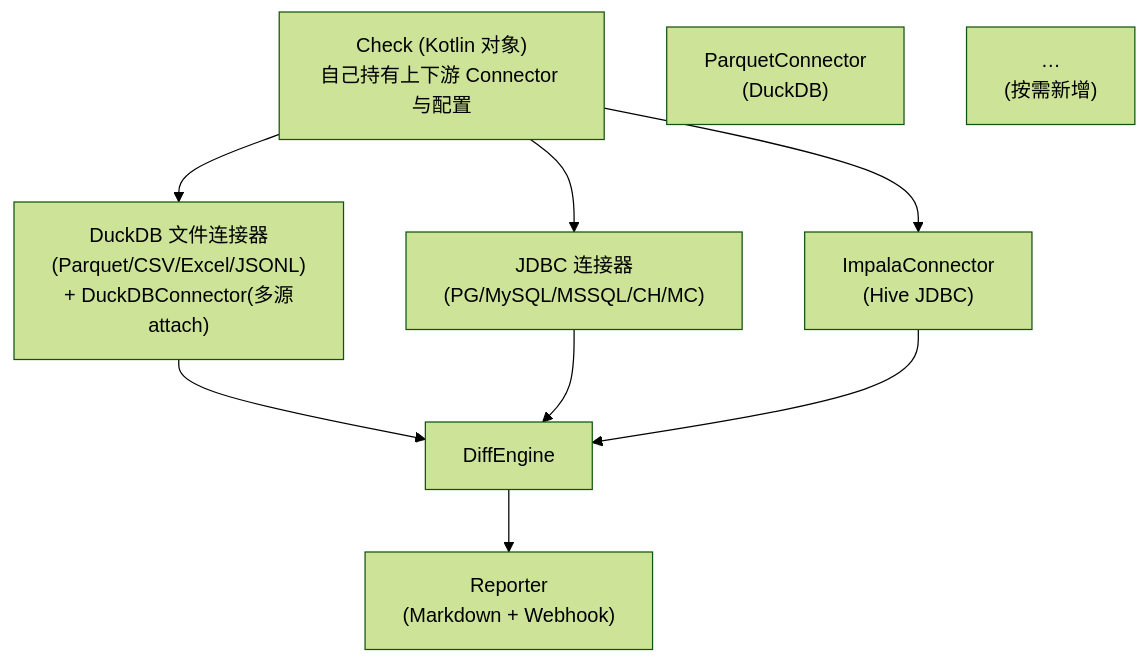
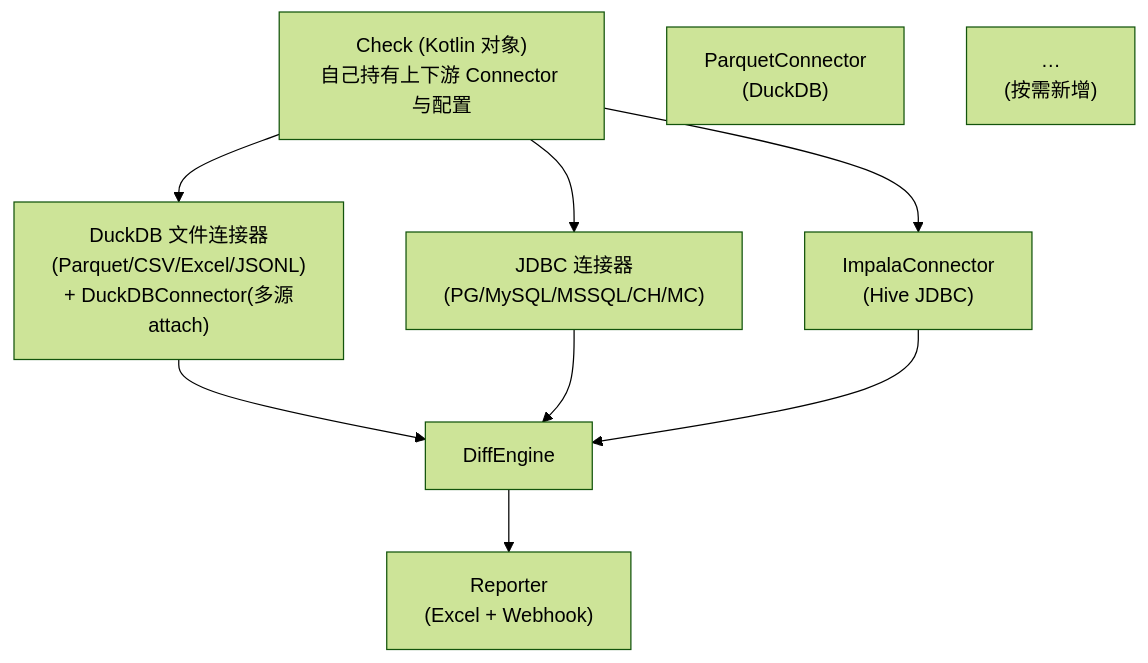
The first of 2 diagrams in README.md (langbiantianya/sync_diif), drawn with Mermaid (forest theme) before and after one commit. The commit also changed other lines of this file and 13 other files, not shown here.

````diff
--- a/README.md
+++ b/README.md
@@ -22,19 +22,19 @@
 ```mermaid
 flowchart TD
     Check["Check (Kotlin 对象)<br/>自己持有上下游 Connector 与配置"]
     Parquet["ParquetConnector<br/>(DuckDB)"]
     Impala["ImpalaConnector<br/>(Hive JDBC)"]
     DuckDBFile["DuckDB 文件连接器<br/>(Parquet/CSV/Excel/JSONL)<br/>+ DuckDBConnector(多源attach)"]
     Jdbc["JDBC 连接器<br/>(PG/MySQL/MSSQL/CH/MC)"]
     Future["…<br/>(按需新增)"]
     Engine["DiffEngine"]
-    Report["Reporter<br/>(Markdown + Webhook)"]
+    Report["Reporter<br/>(Excel + Webhook)"]
 
     Check --> DuckDBFile
     Check --> Jdbc
     Check --> Impala
     DuckDBFile --> Engine
     Jdbc --> Engine
     Impala --> Engine
     Engine --> Report
 ```
````
